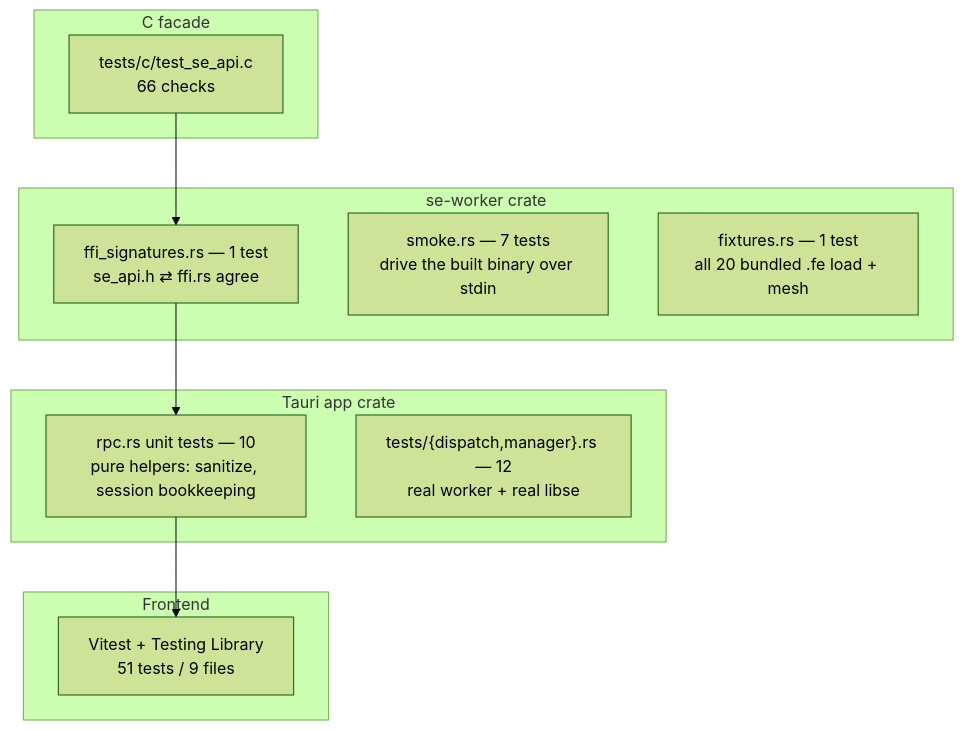
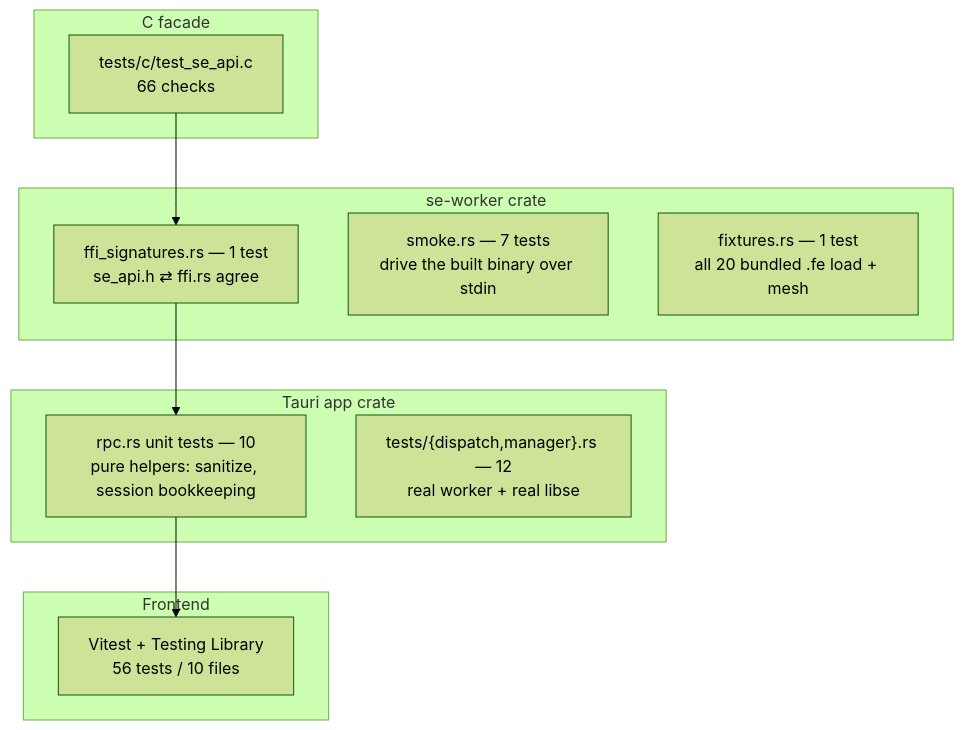
One commit to sersergious/surface-evolver changed the fifth of 6 diagrams in ARCHITECTURE.md. Above: the diagram before and after it, drawn with Mermaid (forest theme). The commit also changed other lines of this file and 18 other files, not shown here.

````diff
--- a/ARCHITECTURE.md
+++ b/ARCHITECTURE.md
@@ -263,19 +266,19 @@
 ```mermaid
 flowchart TB
     subgraph C["C facade"]
         CT["tests/c/test_se_api.c<br/>66 checks"]
     end
     subgraph Worker["se-worker crate"]
         WF["ffi_signatures.rs — 1 test<br/>se_api.h ⇄ ffi.rs agree"]
         WS["smoke.rs — 7 tests<br/>drive the built binary over stdin"]
         WX["fixtures.rs — 1 test<br/>all 20 bundled .fe load + mesh"]
     end
     subgraph App["Tauri app crate"]
         AU["rpc.rs unit tests — 10<br/>pure helpers: sanitize, session bookkeeping"]
         AI["tests/{dispatch,manager}.rs — 12<br/>real worker + real libse"]
     end
     subgraph FE["Frontend"]
-        FT["Vitest + Testing Library<br/>51 tests / 9 files"]
+        FT["Vitest + Testing Library<br/>56 tests / 10 files"]
     end
     CT --> WF --> AU --> FT
 ```
````
